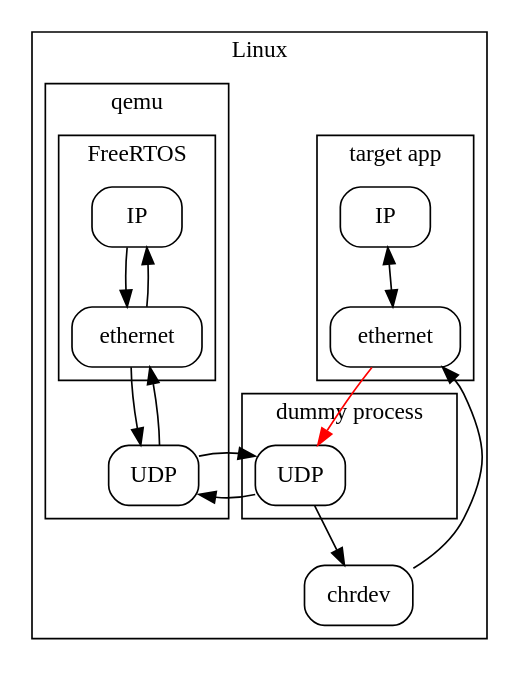
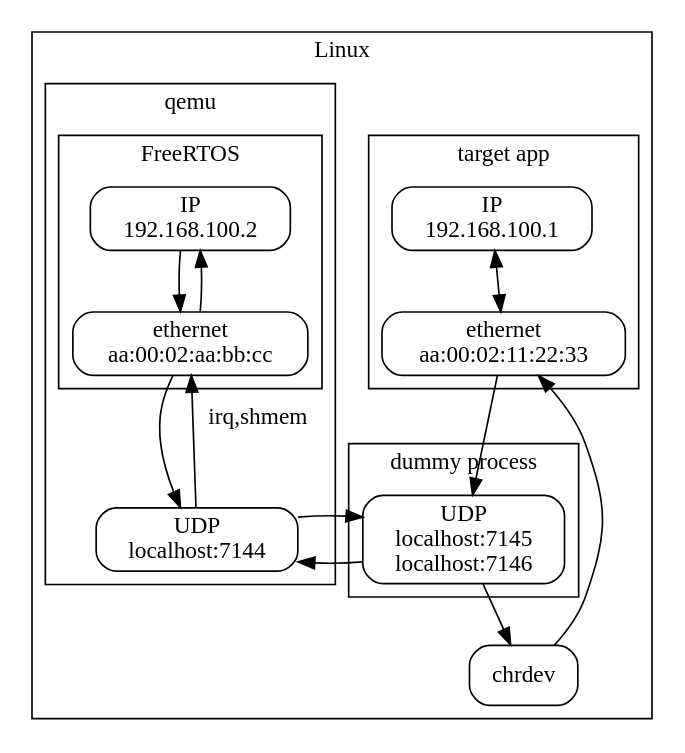
One commit to tyano461/virtether changed the diagram in doc/qemu_system.dot. Above: the diagram before and after it, drawn with Graphviz. The commit also changed 3 other files, not shown here.

```diff
--- a/doc/qemu_system.dot
+++ b/doc/qemu_system.dot
@@ -1,46 +1,46 @@
 digraph D {
     rankdir = TD;
     newrank=true;
 
     node[shape="box", style="rounded"]
     subgraph cluster_Linux {
         label="Linux"
 
         subgraph cluster_Target {
             label="target app"
 
-            lip[label="IP"]
-            lap[label="ethernet"]
+            lip[label="IP\n192.168.100.1"]
+            lap[label="ethernet\naa:00:02:11:22:33"]
             lip->lap[dir="both"]
         }
         chrdev
         subgraph cluster_dummy {
             label="dummy process"
-            some[label="UDP"]
+            some[label="UDP\nlocalhost:7145\nlocalhost:7146"]
         }
         subgraph cluster_qemu {
             label="qemu"
-            f[label="UDP"]
+            f[label="UDP\nlocalhost:7144"]
 
             subgraph cluster_FreeRTOS {
                 label="FreeRTOS"
-                rip[label="IP"]
-                rap[label="ethernet"] 
+                rip[label="IP\n192.168.100.2"]
+                rap[label="ethernet\naa:00:02:aa:bb:cc"]
                 rip->rap[]
                 rip->rap[dir="back"]
             }
         }
     }
-    lap -> some[color="red"]
+    lap -> some
     chrdev->lap
     rap -> f
-    rap -> f[dir="back"]
+    rap -> f[label="irq,shmem",dir="back"]
     some -> f
     some -> f[dir="back"]
     some -> chrdev
     lip->some[style="invis"]
 
     { rank=same; lip; rip; }
     { rank=same; lap; rap; }
     { rank=same; some; f; }
 }
```
